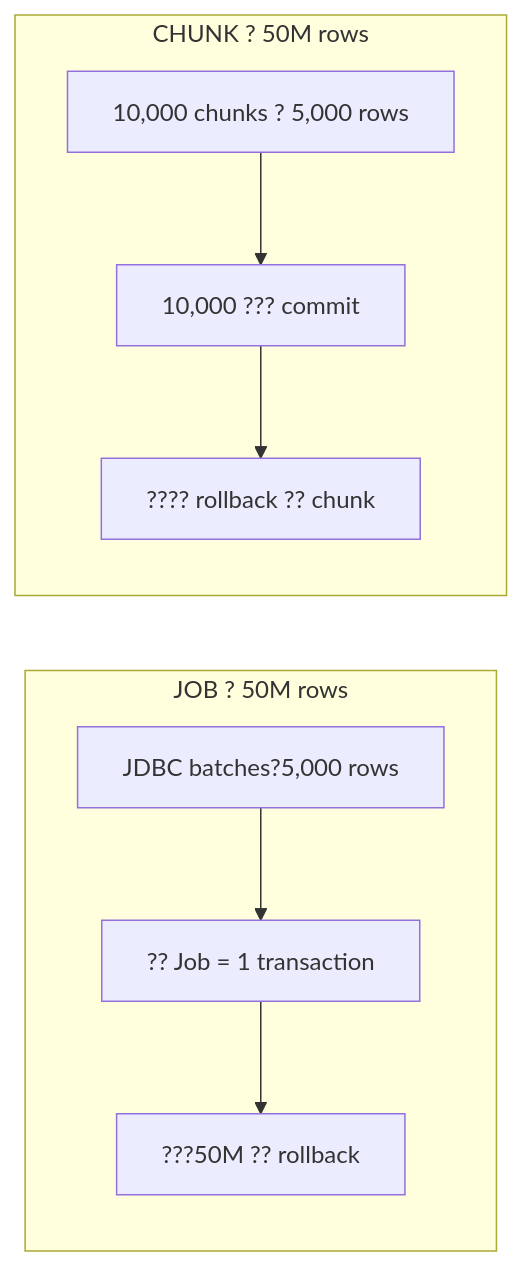
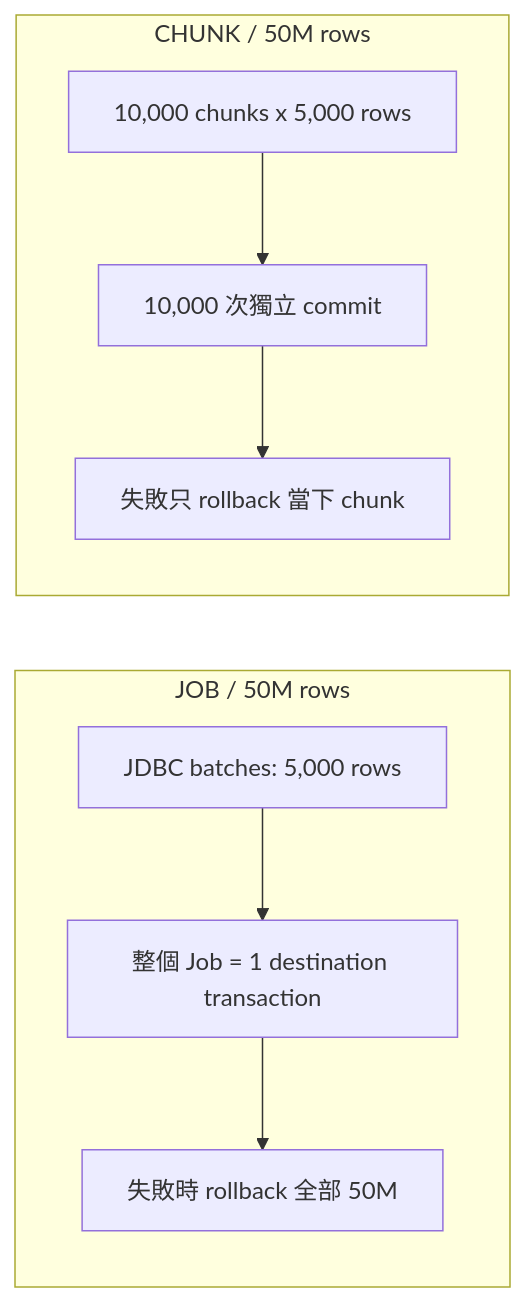
The first of 3 diagrams in quarto/zh-TW/performance.qmd (tibame201020/IrisPipe), drawn with Mermaid before and after one commit. The commit also changed other lines of this file and 8 other files, not shown here.

Commit message:
docs: clarify full benchmark methodology and charts

````diff
--- a/quarto/zh-TW/performance.qmd
+++ b/quarto/zh-TW/performance.qmd
@@ -59,9 +104,9 @@
 ```{mermaid}
 flowchart LR
-  subgraph JOB["JOB ? 50M rows"]
-    J1["JDBC batches?5,000 rows"] --> J2["?? Job = 1 transaction"] --> J3["???50M ?? rollback"]
+  subgraph JOB["JOB / 50M rows"]
+    J1["JDBC batches: 5,000 rows"] --> J2["整個 Job = 1 destination transaction"] --> J3["失敗時 rollback 全部 50M"]
   end
-  subgraph CHUNK["CHUNK ? 50M rows"]
-    C1["10,000 chunks ? 5,000 rows"] --> C2["10,000 ??? commit"] --> C3["???? rollback ?? chunk"]
+  subgraph CHUNK["CHUNK / 50M rows"]
+    C1["10,000 chunks x 5,000 rows"] --> C2["10,000 次獨立 commit"] --> C3["失敗只 rollback 當下 chunk"]
   end
 ```
````
